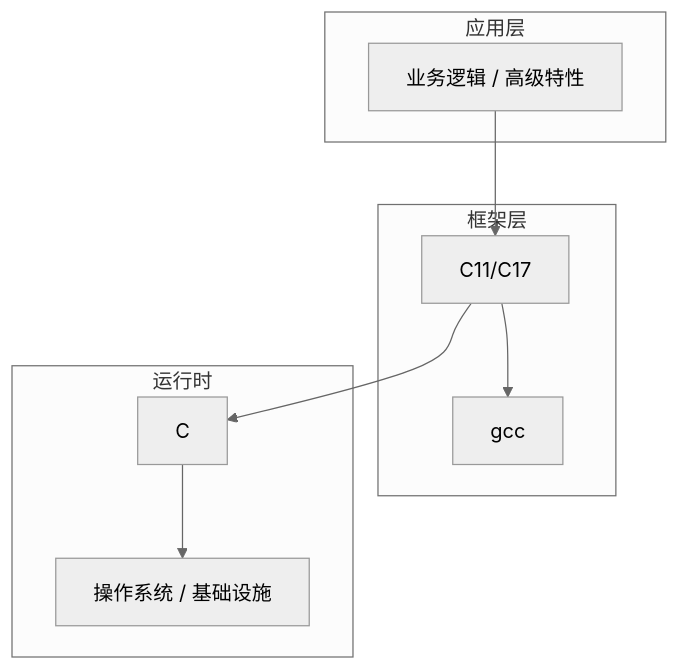
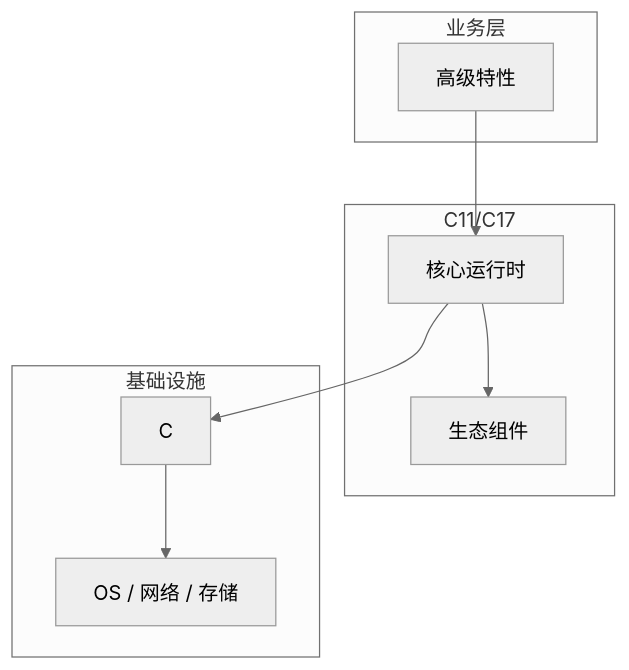
Before and after one commit to yanggan2015/knowledge-json-v2: the diagram in articles/C语言/chapters/094-高级特性核心概念与原理.md, drawn with Mermaid (neutral theme). The commit also changed other lines of this file and 10127 other files, not shown here.

````diff
--- a/articles/C语言/chapters/094-高级特性核心概念与原理.md
+++ b/articles/C语言/chapters/094-高级特性核心概念与原理.md
@@ -45,18 +34,18 @@
 ```mermaid
 graph TB
-    subgraph 应用层
-        A[业务逻辑 / 高级特性]
+    subgraph 业务层
+        A[高级特性]
     end
-    subgraph 框架层
-        B[C11/C17]
-        C[gcc]
+    subgraph C11/C17
+        B[核心运行时]
+        C[生态组件]
     end
-    subgraph 运行时
+    subgraph 基础设施
         D[C]
-        E[操作系统 / 基础设施]
+        E[OS / 网络 / 存储]
     end
     A --> B
     B --> C
     B --> D
     D --> E
 ```
````
